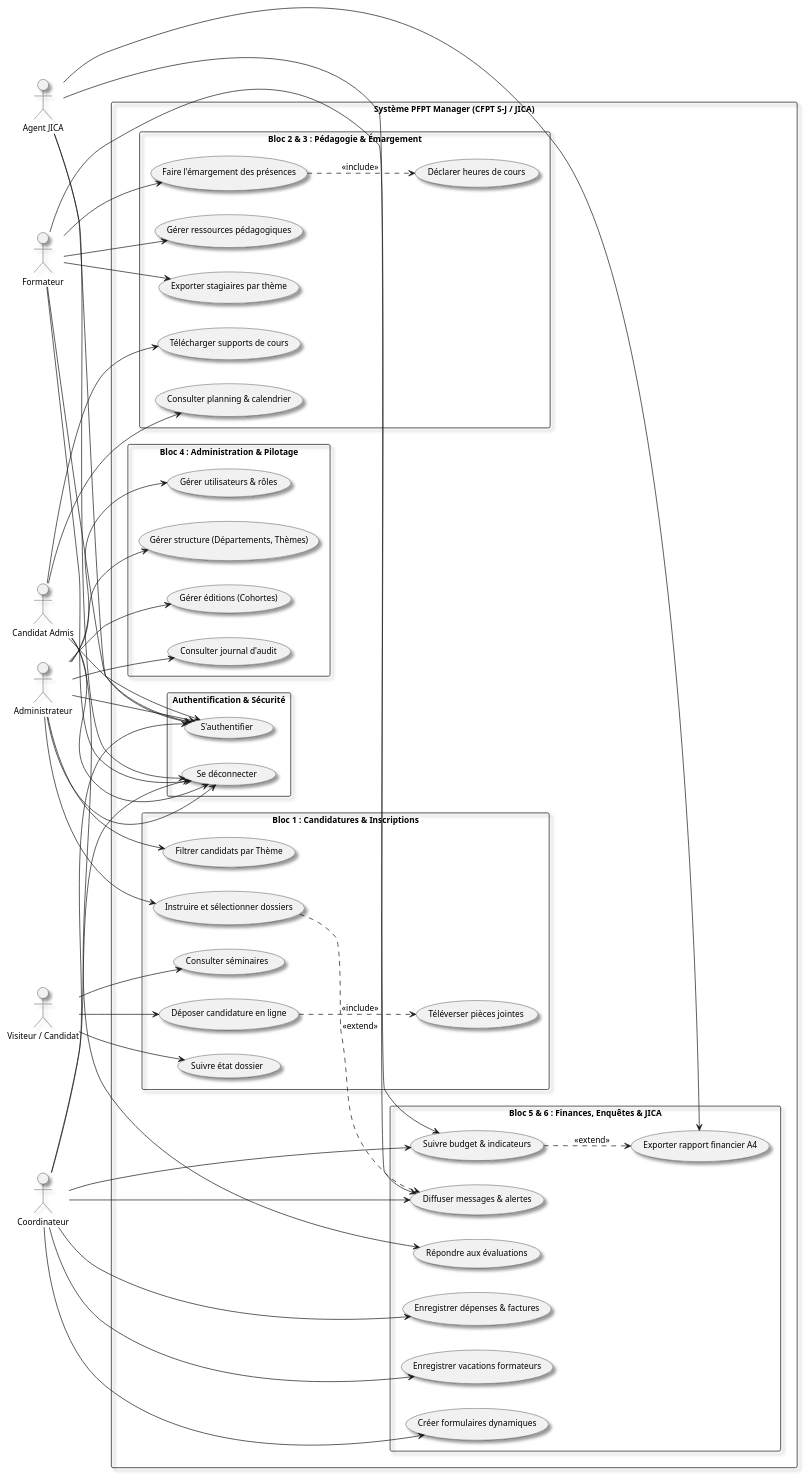
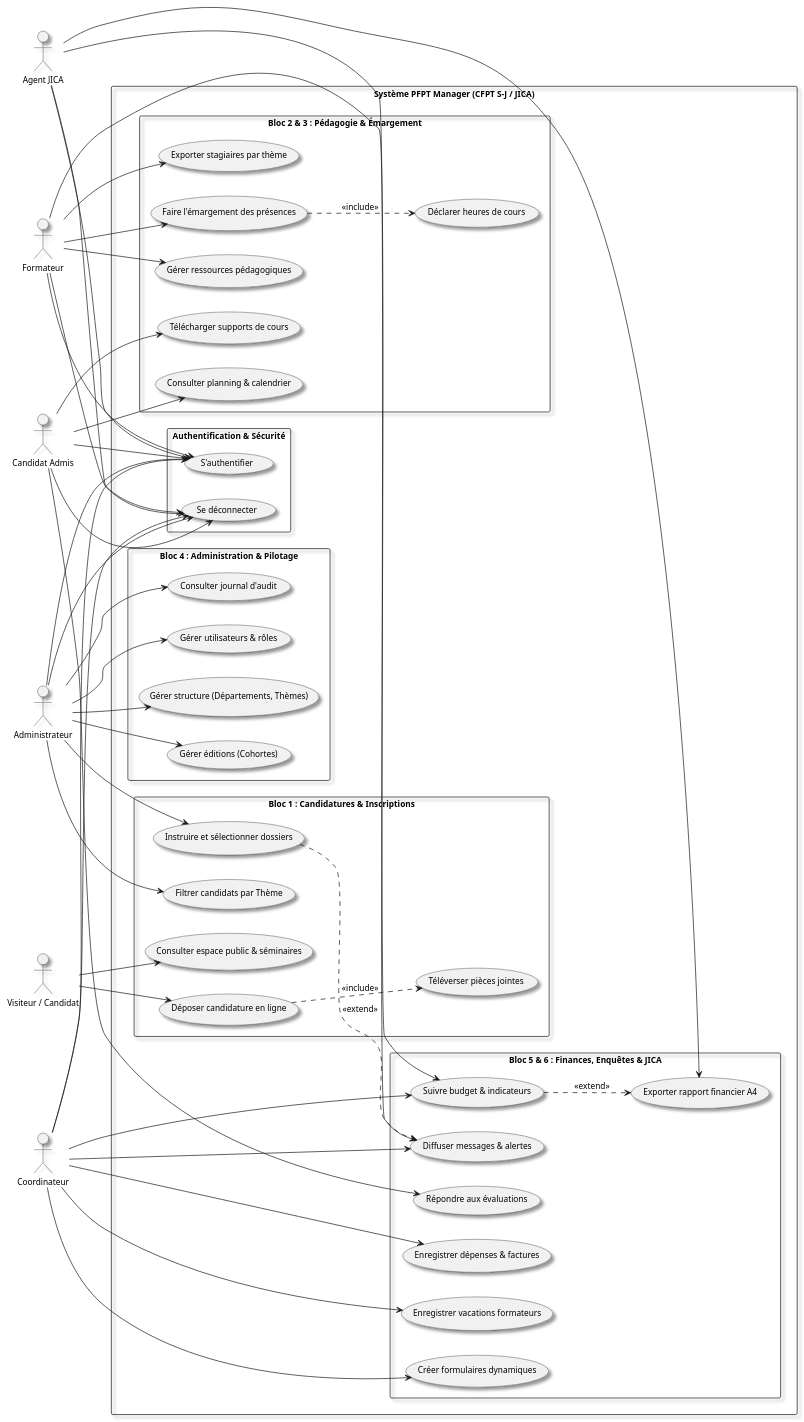
The ninth of 9 diagrams in DIAGRAMME_CAS_UTILISATION.md (amzeekamara/cfpt-manager), drawn with PlantUML before and after one commit. The commit also changed other lines of this file and 2 other files, not shown here.

Commit message:
docs: refine visitor use cases (consult public space/seminars, submit form, upload docs, receive email status)

```diff
--- a/DIAGRAMME_CAS_UTILISATION.md
+++ b/DIAGRAMME_CAS_UTILISATION.md
@@ -547,10 +554,9 @@
   }
 
   package "Bloc 1 : Candidatures & Inscriptions" {
-    usecase "Consulter séminaires" as UC_ConsulterSem
+    usecase "Consulter espace public & séminaires" as UC_ConsulterSem
     usecase "Déposer candidature en ligne" as UC_Postuler
     usecase "Téléverser pièces jointes" as UC_Pieces
-    usecase "Suivre état dossier" as UC_SuiviDossier
     usecase "Instruire et sélectionner dossiers" as UC_Select
     usecase "Filtrer candidats par Thème" as UC_FilterTopic
   }
@@ -585,7 +591,6 @@
 ' --- Relations Visiteur ---
 Visiteur --> UC_ConsulterSem
 Visiteur --> UC_Postuler
-Visiteur --> UC_SuiviDossier
 UC_Postuler ..> UC_Pieces : <<include>>
 
 ' --- Relations Candidat Admis ---
```
